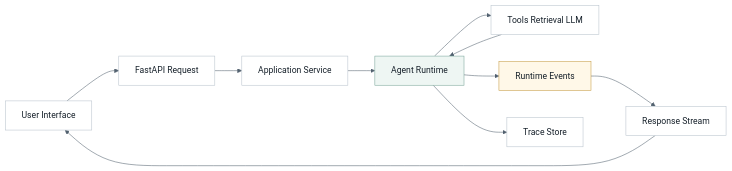
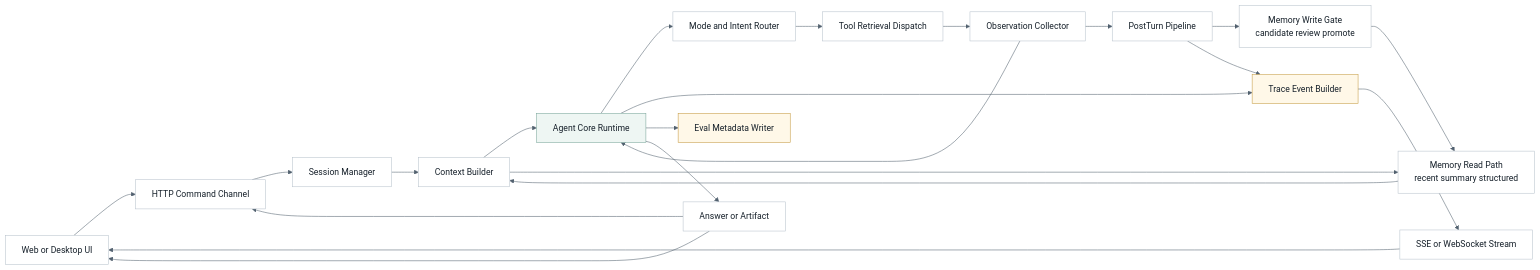
Before and after one commit to ProfessorZhi/Zuno: the third of 10 diagrams in docs/architecture.md, drawn with Mermaid. The commit also changed other lines of this file and 27 other files, not shown here.

Commit message:
docs: detail zuno architecture program

````diff
--- a/docs/architecture.md
+++ b/docs/architecture.md
@@ -105,22 +144,34 @@
 ```mermaid
 %%{init: {"theme": "base", "themeVariables": {"background": "#f7f8fb", "lineColor": "#52616f"}}}%%
 flowchart LR
   classDef node fill:#ffffff,stroke:#b8c2cc,stroke-width:1px,color:#16202a;
   classDef accent fill:#eef6f3,stroke:#7aa59a,stroke-width:1px,color:#16202a;
   classDef event fill:#fff8e8,stroke:#c59b43,stroke-width:1px,color:#16202a;
 
-  UI["User Interface"]
-  API["FastAPI Request"]
-  SVC["Application Service"]
-  RUN["Agent Runtime"]:::accent
-  IO["Tools Retrieval LLM"]
-  EVT["Runtime Events"]:::event
-  OUT["Response Stream"]
-  TRACE["Trace Store"]
-  UI --> API --> SVC --> RUN
-  RUN --> IO --> RUN
-  RUN --> EVT --> OUT
-  RUN --> TRACE
+  UI["Web or Desktop UI"]
+  HTTP["HTTP Command Channel"]
+  STREAM["SSE or WebSocket Stream"]
+  SESSION["Session Manager"]
+  CONTEXT["Context Builder"]
+  MEMORY["Memory Read Path<br/>recent summary structured"]
+  CORE["Agent Core Runtime"]:::accent
+  ROUTER["Mode and Intent Router"]
+  DISPATCH["Tool Retrieval Dispatch"]
+  OBS["Observation Collector"]
+  POST["PostTurn Pipeline"]
+  WRITE["Memory Write Gate<br/>candidate review promote"]
+  TRACE["Trace Event Builder"]:::event
+  EVAL["Eval Metadata Writer"]:::event
+  OUT["Answer or Artifact"]
+  UI --> HTTP --> SESSION --> CONTEXT --> CORE
+  CONTEXT --> MEMORY --> CONTEXT
+  CORE --> ROUTER --> DISPATCH
+  DISPATCH --> OBS --> CORE
+  OBS --> POST --> WRITE --> MEMORY
+  POST --> TRACE
+  CORE --> TRACE --> STREAM --> UI
+  CORE --> EVAL
+  CORE --> OUT --> HTTP
   OUT --> UI
-  class UI,API,SVC,IO,OUT,TRACE node;
+  class UI,HTTP,STREAM,SESSION,CONTEXT,MEMORY,ROUTER,DISPATCH,OBS,POST,WRITE,OUT node;
 ```
````
